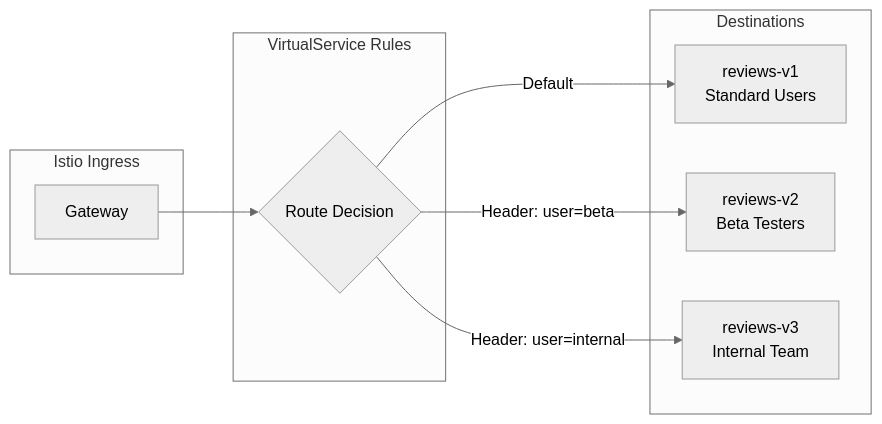
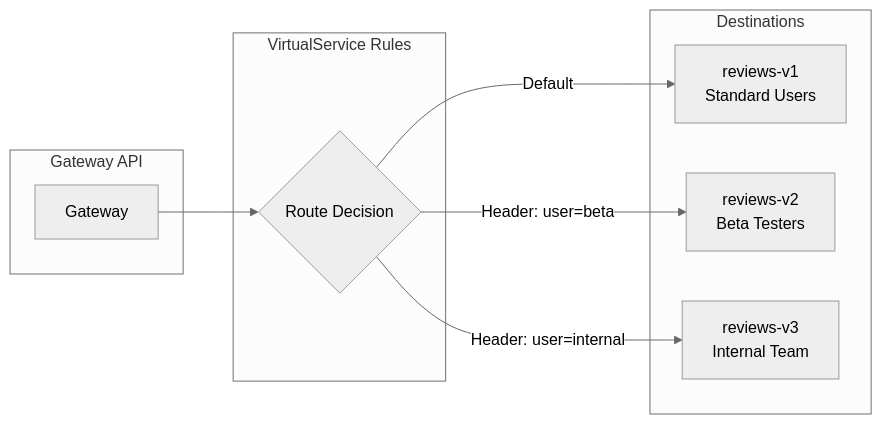
The diagram in examples/01-request-routing/README.md (selvakumarperumal/istio_learn), drawn with Mermaid (neutral theme) before and after one commit. The commit also changed other lines of this file and 26 other files, not shown here.

Commit message:
gateway api

````diff
--- a/examples/01-request-routing/README.md
+++ b/examples/01-request-routing/README.md
@@ -8,21 +8,21 @@
 ```mermaid
 flowchart LR
-    subgraph "Istio Ingress"
+    subgraph "Gateway API"
         GW[Gateway]
     end
     
     subgraph "VirtualService Rules"
         VS{Route Decision}
     end
     
     subgraph "Destinations"
         V1[reviews-v1<br/>Standard Users]
         V2[reviews-v2<br/>Beta Testers]
         V3[reviews-v3<br/>Internal Team]
     end
     
     GW --> VS
     VS -->|"Header: user=beta"| V2
     VS -->|"Header: user=internal"| V3
     VS -->|"Default"| V1
 ```
````
